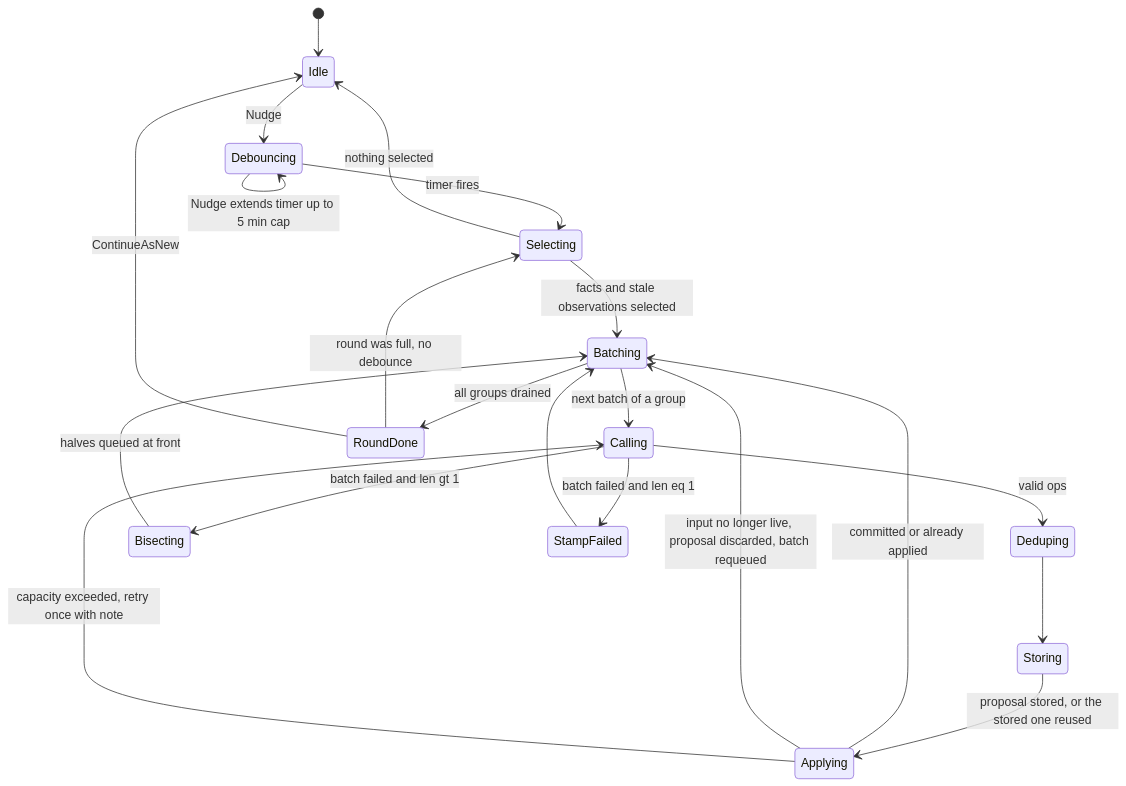
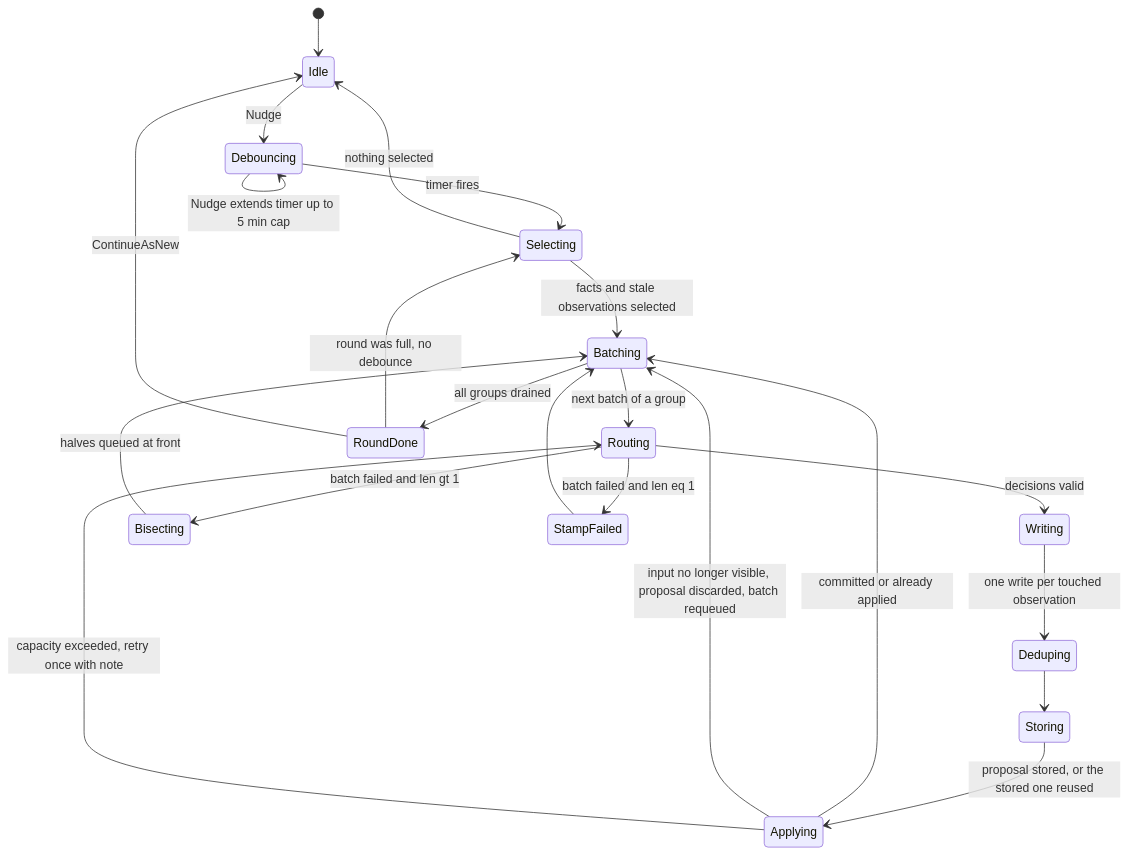
One commit to gstamatakis95/agent-memory-benchmark changed the second of 6 diagrams in plans/engram/sections/05-pipelines.md. Above: the diagram before and after it, drawn with Mermaid. The commit also changed other lines of this file and 15 other files, not shown here.

````diff
--- a/plans/engram/sections/05-pipelines.md
+++ b/plans/engram/sections/05-pipelines.md
@@ -993,23 +726,24 @@
 ```mermaid
 stateDiagram-v2
   [*] --> Idle
   Idle --> Debouncing: Nudge
   Debouncing --> Debouncing: Nudge extends timer up to 5 min cap
   Debouncing --> Selecting: timer fires
   Selecting --> Idle: nothing selected
   Selecting --> Batching: facts and stale observations selected
-  Batching --> Calling: next batch of a group
-  Calling --> Deduping: valid ops
-  Calling --> Bisecting: batch failed and len gt 1
-  Calling --> StampFailed: batch failed and len eq 1
+  Batching --> Routing: next batch of a group
+  Routing --> Writing: decisions valid
+  Routing --> Bisecting: batch failed and len gt 1
+  Routing --> StampFailed: batch failed and len eq 1
   Bisecting --> Batching: halves queued at front
   StampFailed --> Batching
+  Writing --> Deduping: one write per touched observation
   Deduping --> Storing
   Storing --> Applying: proposal stored, or the stored one reused
   Applying --> Batching: committed or already applied
-  Applying --> Batching: input no longer live, proposal discarded, batch requeued
-  Applying --> Calling: capacity exceeded, retry once with note
+  Applying --> Batching: input no longer visible, proposal discarded, batch requeued
+  Applying --> Routing: capacity exceeded, retry once with note
   Batching --> RoundDone: all groups drained
   RoundDone --> Selecting: round was full, no debounce
   RoundDone --> Idle: ContinueAsNew
 ```
````
